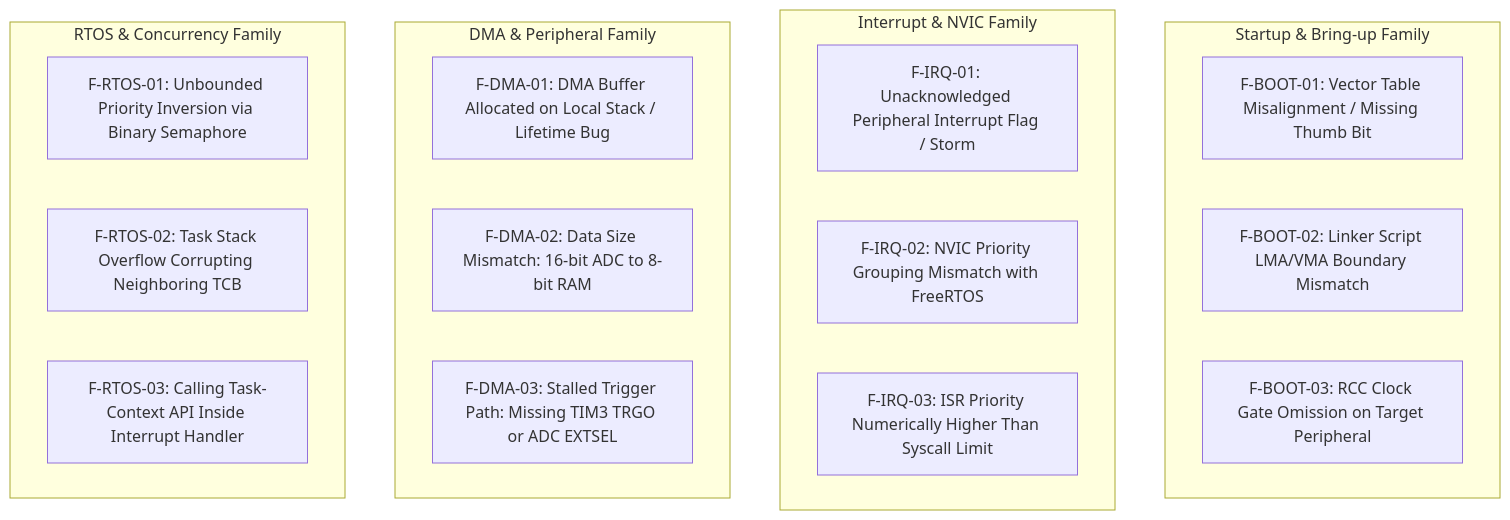
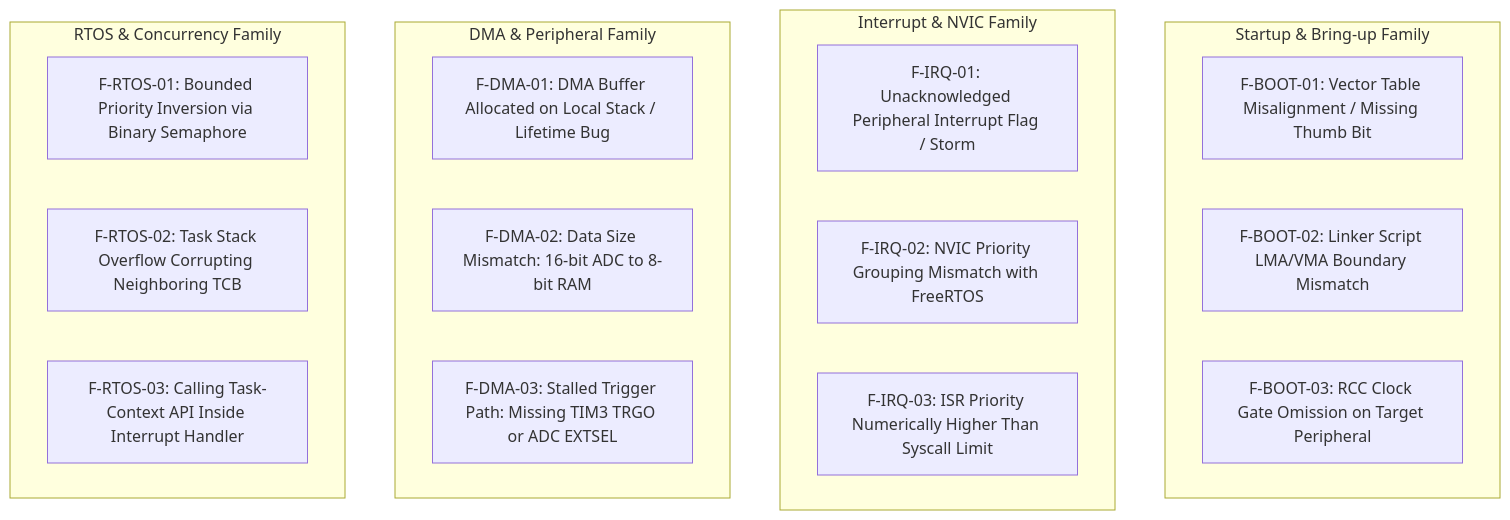
The third of 5 diagrams in research/phase-2/2026-09-03-stm32-freertos-curriculum-design.md (CN-JJB/embed-system), drawn with Mermaid before and after one commit. The commit also changed other lines of this file and 1 other file, not shown here.

Commit message:
review: resolve Leader Rework #3 priority inversion and runtime/linker contracts

````diff
--- a/research/phase-2/2026-09-03-stm32-freertos-curriculum-design.md
+++ b/research/phase-2/2026-09-03-stm32-freertos-curriculum-design.md
@@ -763,26 +795,26 @@
 ```mermaid
 graph TD
     subgraph Startup & Bring-up Family
         F_BOOT1[F-BOOT-01: Vector Table Misalignment / Missing Thumb Bit]
         F_BOOT2[F-BOOT-02: Linker Script LMA/VMA Boundary Mismatch]
         F_BOOT3[F-BOOT-03: RCC Clock Gate Omission on Target Peripheral]
     end
 
     subgraph Interrupt & NVIC Family
         F_IRQ1[F-IRQ-01: Unacknowledged Peripheral Interrupt Flag / Storm]
         F_IRQ2[F-IRQ-02: NVIC Priority Grouping Mismatch with FreeRTOS]
         F_IRQ3[F-IRQ-03: ISR Priority Numerically Higher Than Syscall Limit]
     end
 
     subgraph DMA & Peripheral Family
         F_DMA1[F-DMA-01: DMA Buffer Allocated on Local Stack / Lifetime Bug]
         F_DMA2[F-DMA-02: Data Size Mismatch: 16-bit ADC to 8-bit RAM]
         F_DMA3[F-DMA-03: Stalled Trigger Path: Missing TIM3 TRGO or ADC EXTSEL]
     end
 
     subgraph RTOS & Concurrency Family
-        F_RTOS1[F-RTOS-01: Unbounded Priority Inversion via Binary Semaphore]
+        F_RTOS1[F-RTOS-01: Bounded Priority Inversion via Binary Semaphore]
         F_RTOS2[F-RTOS-02: Task Stack Overflow Corrupting Neighboring TCB]
         F_RTOS3[F-RTOS-03: Calling Task-Context API Inside Interrupt Handler]
     end
 ```
````
